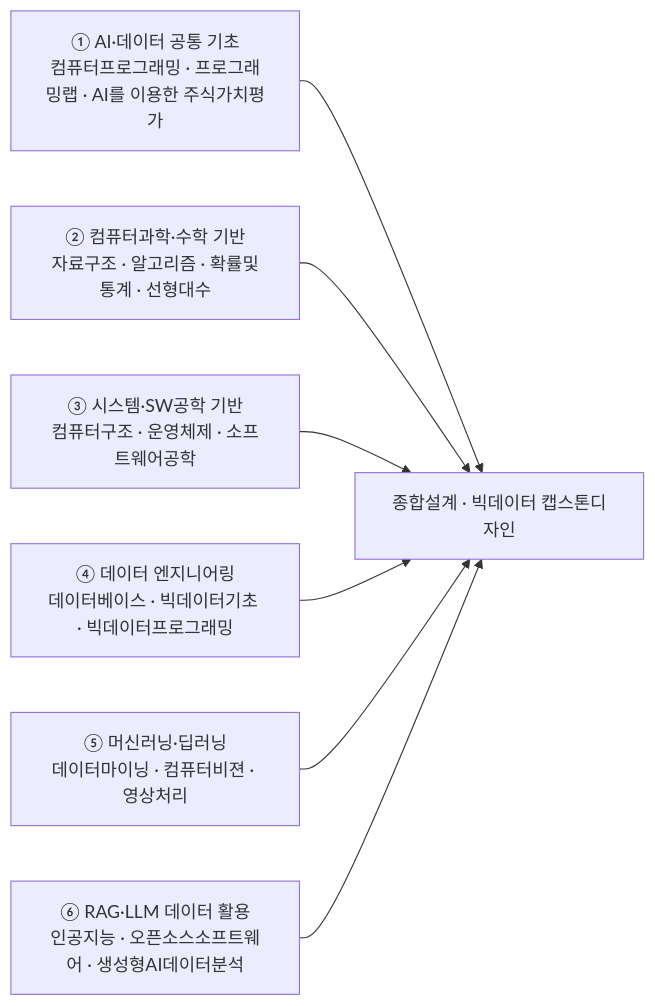
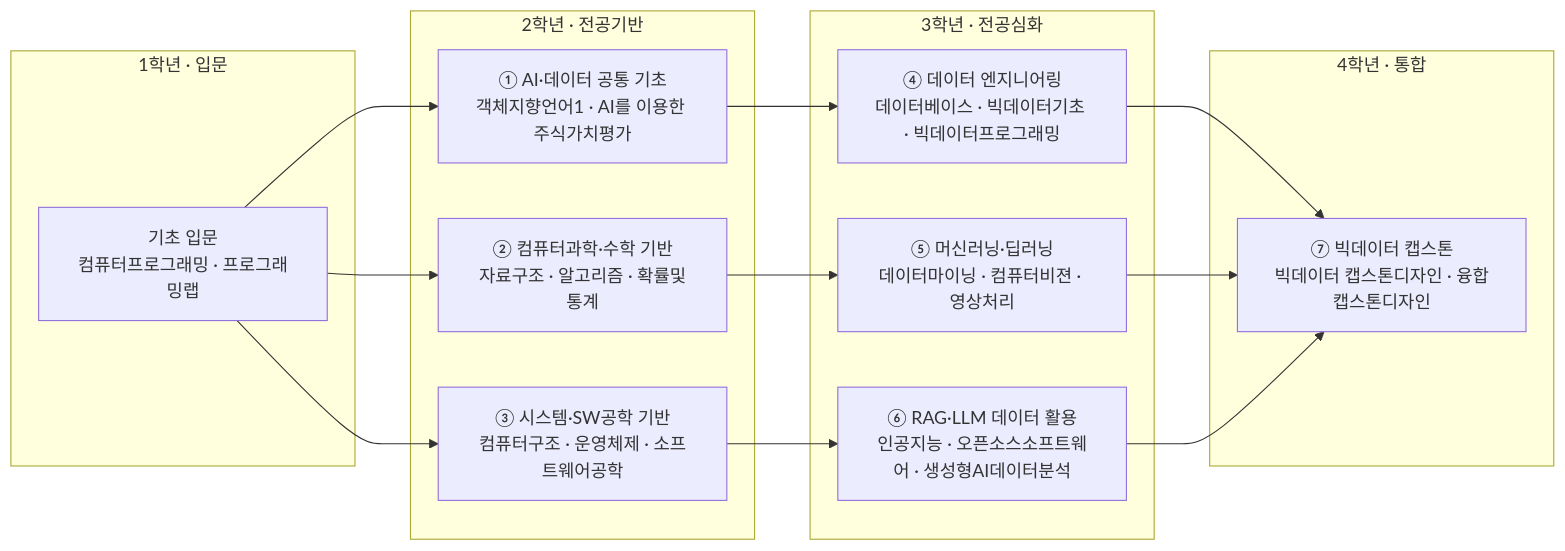
Before and after one commit to parclab-hsu/ai-curriculum-2026: the diagram in docs/it/big-data.md, drawn with Mermaid. The commit also changed other lines of this file and 22 other files, not shown here.

First line of the commit message:
모듈 다이어그램 강화 — 1~4학년 로드맵 + 모듈-역량 매핑 (23개 트랙)

````diff
--- a/docs/it/big-data.md
+++ b/docs/it/big-data.md
@@ -126,10 +126,28 @@
 ```mermaid
 flowchart LR
-  M1["① AI·데이터 공통 기초<br/>컴퓨터프로그래밍 · 프로그래밍랩 · AI를 이용한 주식가치평가"] --> CAP
-  M2["② 컴퓨터과학·수학 기반<br/>자료구조 · 알고리즘 · 확률및통계 · 선형대수"] --> CAP
-  M3["③ 시스템·SW공학 기반<br/>컴퓨터구조 · 운영체제 · 소프트웨어공학"] --> CAP
-  M4["④ 데이터 엔지니어링<br/>데이터베이스 · 빅데이터기초 · 빅데이터프로그래밍"] --> CAP
-  M5["⑤ 머신러닝·딥러닝<br/>데이터마이닝 · 컴퓨터비젼 · 영상처리"] --> CAP
-  M6["⑥ RAG·LLM 데이터 활용<br/>인공지능 · 오픈소스소프트웨어 · 생성형AI데이터분석"] --> CAP
-  CAP["종합설계 · 빅데이터 캡스톤디자인"]
+  subgraph Y1["1학년 · 입문"]
+    A0["기초 입문<br/>컴퓨터프로그래밍 · 프로그래밍랩"]
+  end
+  subgraph Y2["2학년 · 전공기반"]
+    M1["① AI·데이터 공통 기초<br/>객체지향언어1 · AI를 이용한 주식가치평가"]
+    M2["② 컴퓨터과학·수학 기반<br/>자료구조 · 알고리즘 · 확률및통계"]
+    M3["③ 시스템·SW공학 기반<br/>컴퓨터구조 · 운영체제 · 소프트웨어공학"]
+  end
+  subgraph Y3["3학년 · 전공심화"]
+    M4["④ 데이터 엔지니어링<br/>데이터베이스 · 빅데이터기초 · 빅데이터프로그래밍"]
+    M5["⑤ 머신러닝·딥러닝<br/>데이터마이닝 · 컴퓨터비젼 · 영상처리"]
+    M6["⑥ RAG·LLM 데이터 활용<br/>인공지능 · 오픈소스소프트웨어 · 생성형AI데이터분석"]
+  end
+  subgraph Y4["4학년 · 통합"]
+    CAP["⑦ 빅데이터 캡스톤<br/>빅데이터 캡스톤디자인 · 융합캡스톤디자인"]
+  end
+  A0 --> M1
+  A0 --> M2
+  A0 --> M3
+  M1 --> M4
+  M2 --> M5
+  M3 --> M6
+  M4 --> CAP
+  M5 --> CAP
+  M6 --> CAP
 ```
````
